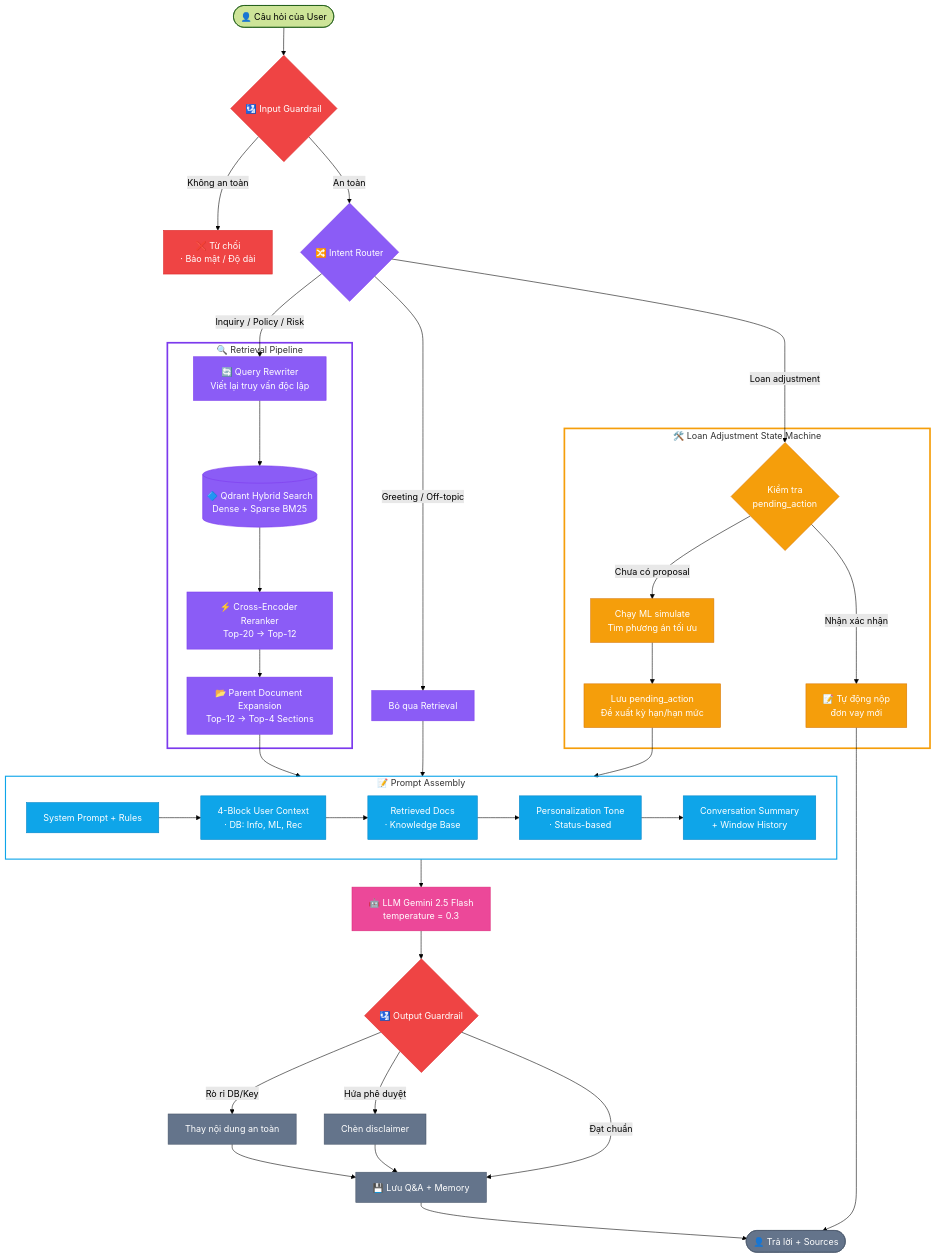
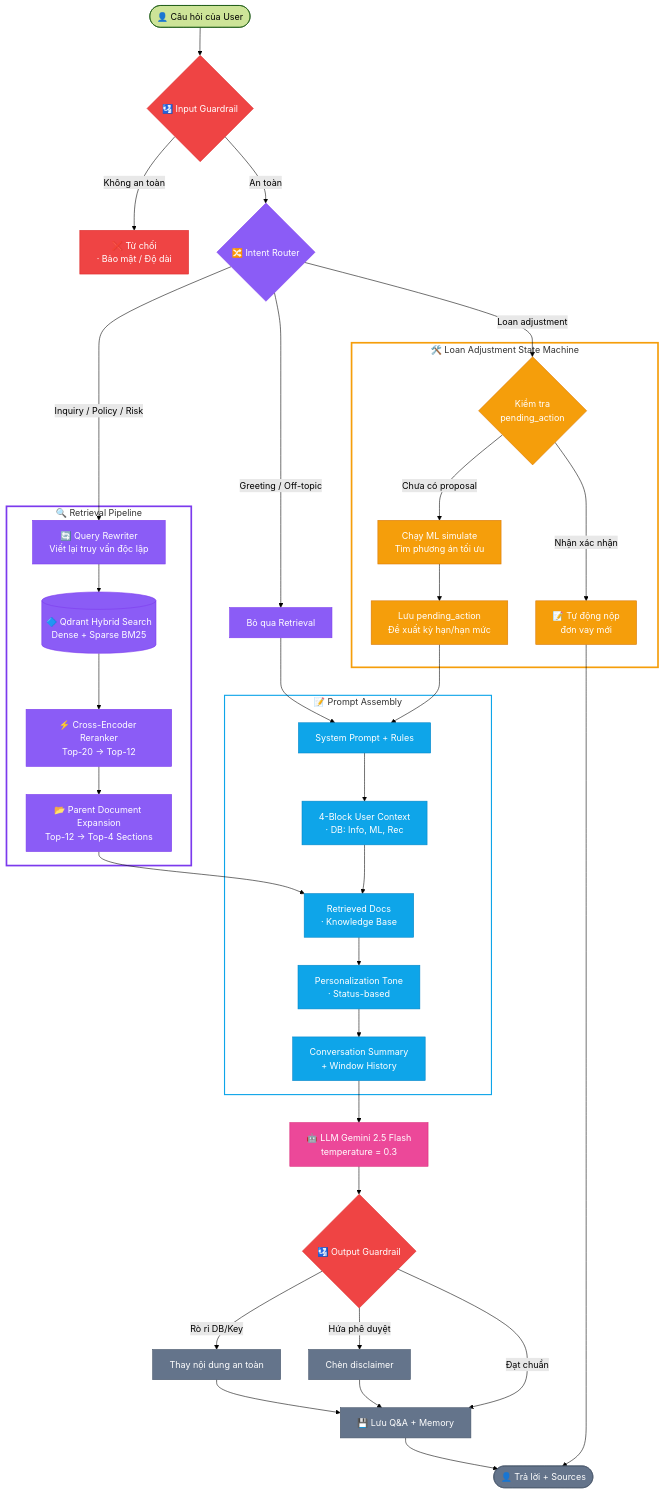
One commit to VTD0102/Loan_ETL changed the second of 3 diagrams in README.md. Above: the diagram before and after it, drawn with Mermaid (forest theme). The commit also changed 1 other file, not shown here.

```diff
--- a/README.md
+++ b/README.md
@@ -192,11 +192,11 @@
         SysPrompt --> UserCtx --> RetContext --> ToneCtx --> ConvMem
     end
 
-    ParentExpand --> PROMPT
-    SkipRetrieval --> PROMPT
-    SetPending --> PROMPT
+    ParentExpand --> RetContext
+    SkipRetrieval --> SysPrompt
+    SetPending --> SysPrompt
 
-    PROMPT --> LLMGen["🤖 LLM Gemini 2.5 Flash\ntemperature = 0.3"]
+    ConvMem --> LLMGen["🤖 LLM Gemini 2.5 Flash\ntemperature = 0.3"]
     LLMGen --> OutputGuard{"🛂 Output Guardrail"}
 
     OutputGuard -->|Rò rỉ DB/Key| Sanitize["Thay nội dung an toàn"]
```
